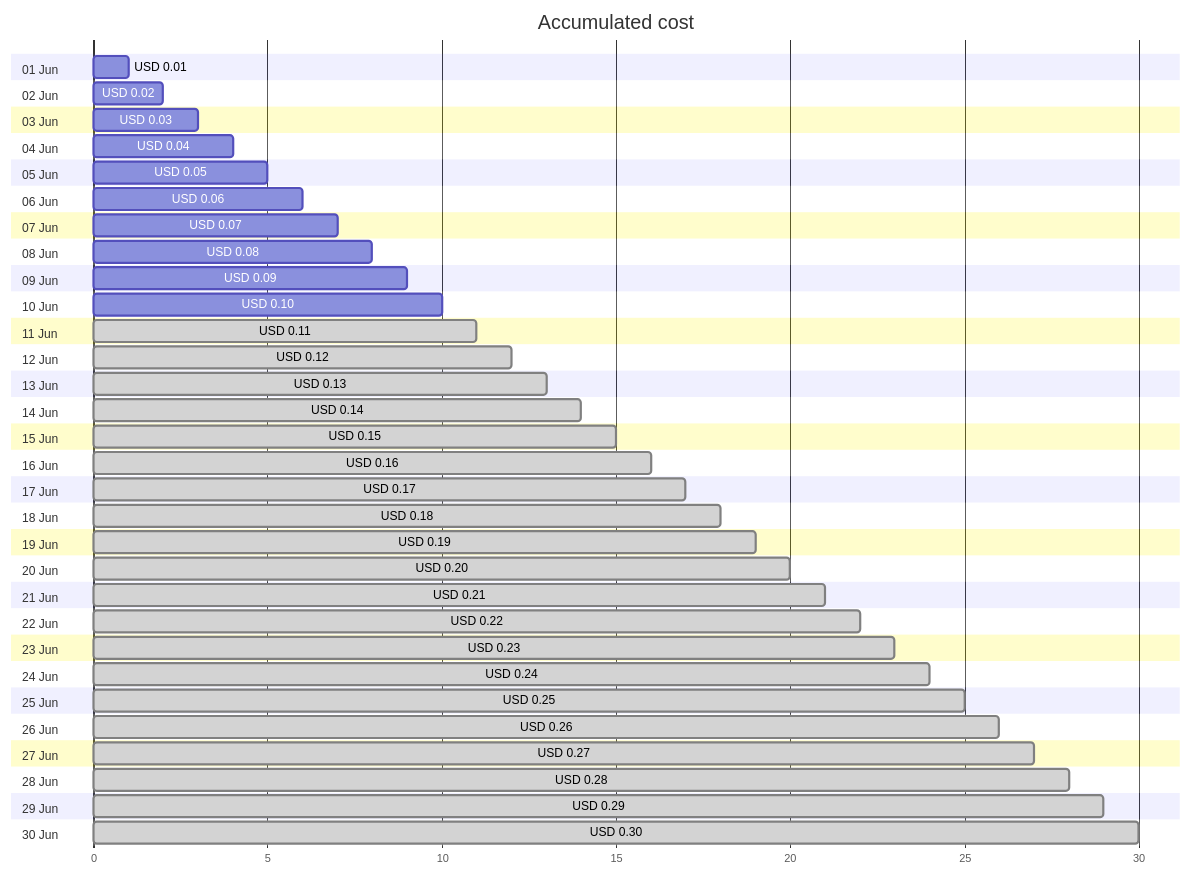
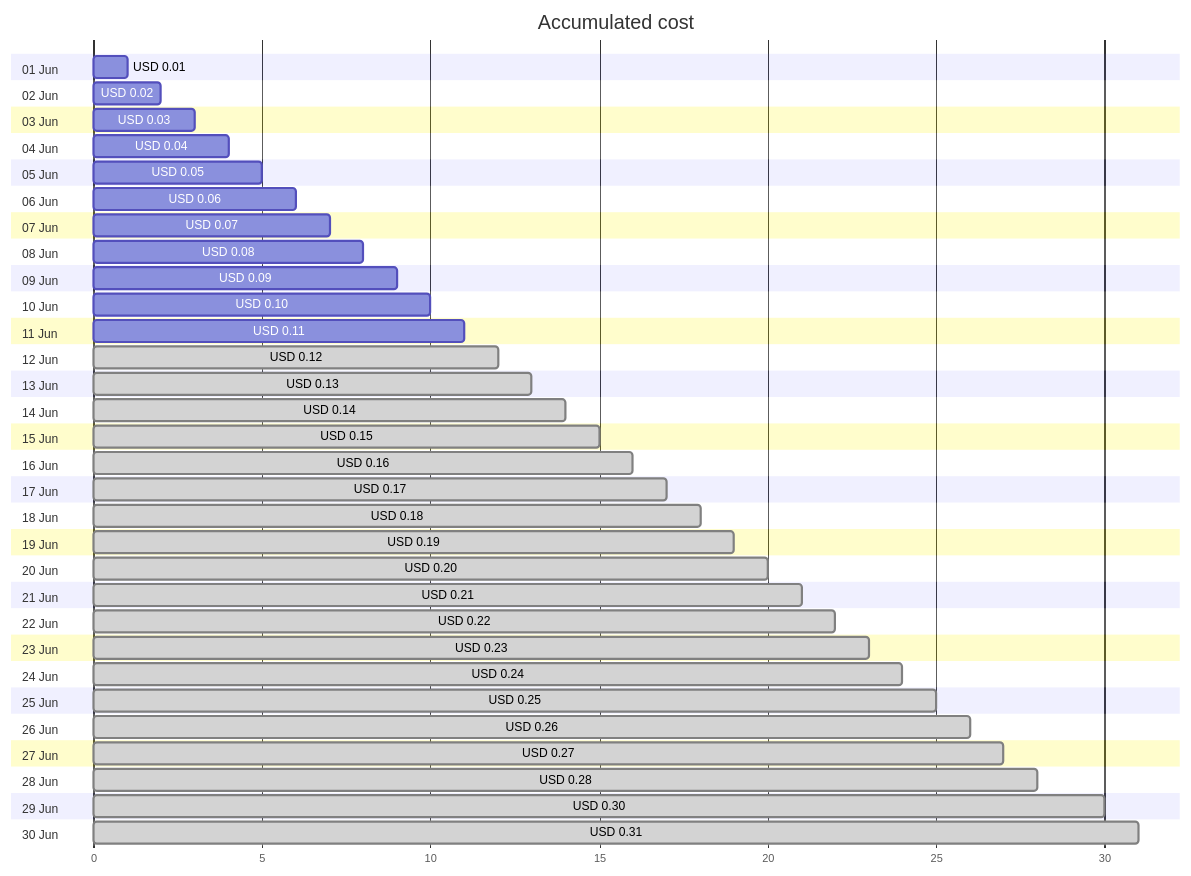
The first of 4 diagrams in cost-reports/cloud-shell-storage-eastus/README.md (jpfulton/azure-personal-reports), drawn with Mermaid before and after one commit. The commit also changed other lines of this file and 1 other file, not shown here.

````diff
--- a/cost-reports/cloud-shell-storage-eastus/README.md
+++ b/cost-reports/cloud-shell-storage-eastus/README.md
@@ -20,66 +20,66 @@
 ```mermaid
 gantt
    title Accumulated cost
    dateFormat  X
    axisFormat %s
    section 01 Jun
    USD 0.01 :0, 1
    section 02 Jun
    USD 0.02 :0, 2
    section 03 Jun
    USD 0.03 :0, 3
    section 04 Jun
    USD 0.04 :0, 4
    section 05 Jun
    USD 0.05 :0, 5
    section 06 Jun
    USD 0.06 :0, 6
    section 07 Jun
    USD 0.07 :0, 7
    section 08 Jun
    USD 0.08 :0, 8
    section 09 Jun
    USD 0.09 :0, 9
    section 10 Jun
    USD 0.10 :0, 10
    section 11 Jun
-   USD 0.11 : done, 0, 11
+   USD 0.11 :0, 11
    section 12 Jun
    USD 0.12 : done, 0, 12
    section 13 Jun
    USD 0.13 : done, 0, 13
    section 14 Jun
    USD 0.14 : done, 0, 14
    section 15 Jun
    USD 0.15 : done, 0, 15
    section 16 Jun
    USD 0.16 : done, 0, 16
    section 17 Jun
    USD 0.17 : done, 0, 17
    section 18 Jun
    USD 0.18 : done, 0, 18
    section 19 Jun
    USD 0.19 : done, 0, 19
    section 20 Jun
    USD 0.20 : done, 0, 20
    section 21 Jun
    USD 0.21 : done, 0, 21
    section 22 Jun
    USD 0.22 : done, 0, 22
    section 23 Jun
    USD 0.23 : done, 0, 23
    section 24 Jun
    USD 0.24 : done, 0, 24
    section 25 Jun
    USD 0.25 : done, 0, 25
    section 26 Jun
    USD 0.26 : done, 0, 26
    section 27 Jun
    USD 0.27 : done, 0, 27
    section 28 Jun
    USD 0.28 : done, 0, 28
    section 29 Jun
-   USD 0.29 : done, 0, 29
+   USD 0.30 : done, 0, 30
    section 30 Jun
-   USD 0.30 : done, 0, 30
+   USD 0.31 : done, 0, 31
 ```
````
